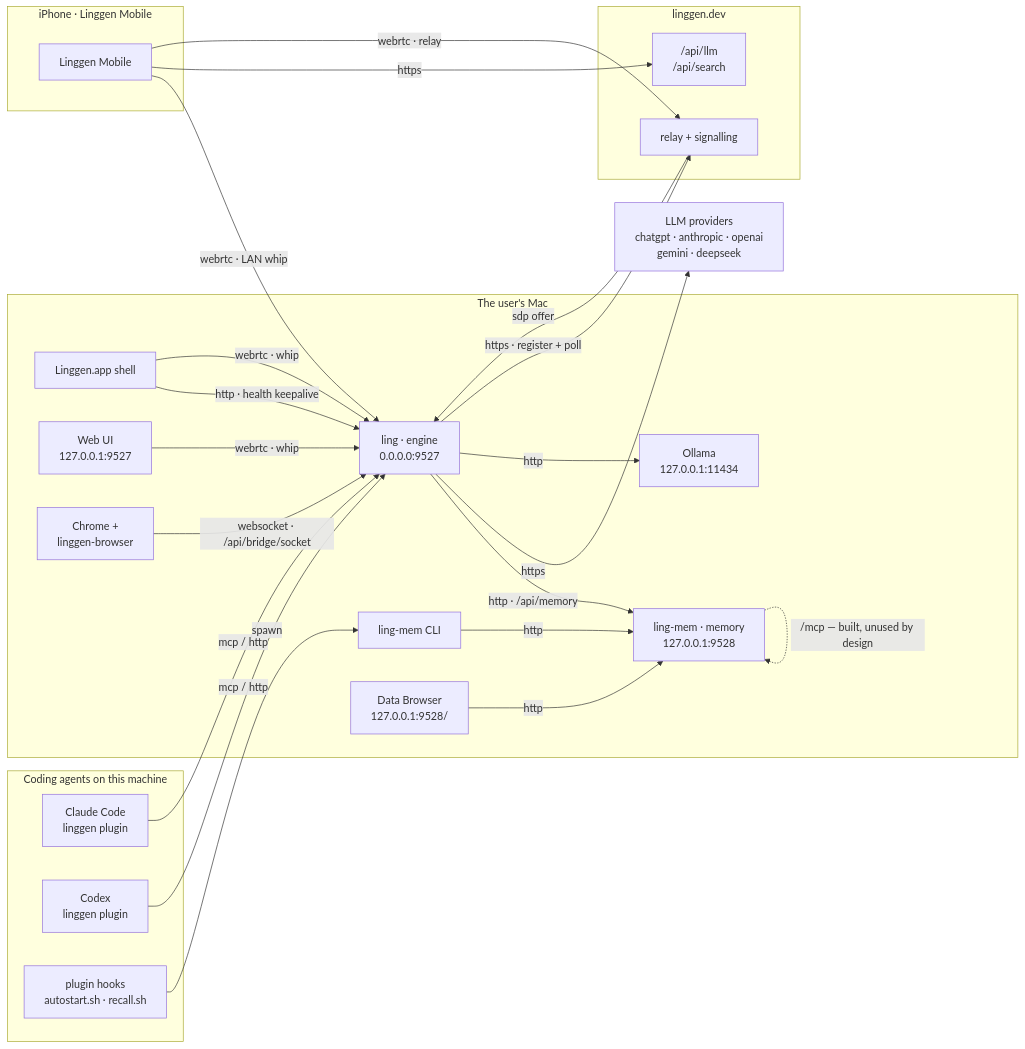
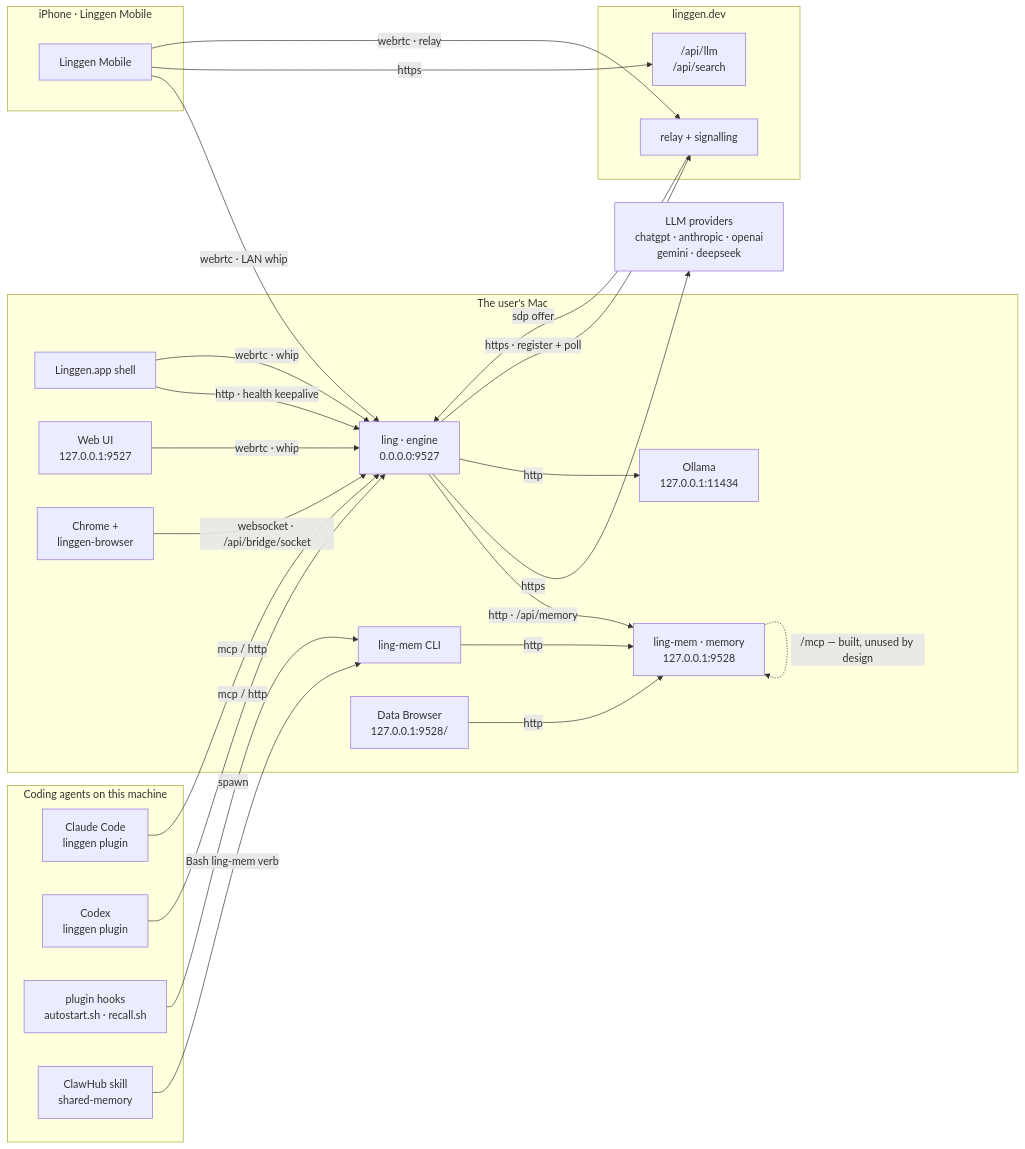
The diagram in doc/network-spec.md (linggen/linggen), drawn with Mermaid before and after one commit. The commit also changed other lines of this file, not shown here.

First line of the commit message:
docs: memory has four front doors, not two

````diff
--- a/doc/network-spec.md
+++ b/doc/network-spec.md
@@ -16,52 +16,54 @@
 ```mermaid
 flowchart LR
   subgraph agents["Coding agents on this machine"]
     cc["Claude Code<br/>linggen plugin"]
     codex["Codex<br/>linggen plugin"]
     hooks["plugin hooks<br/>autostart.sh · recall.sh"]
+    skill["ClawHub skill<br/>shared-memory"]
   end
 
   subgraph mac["The user's Mac"]
     ling["ling · engine<br/>0.0.0.0:9527"]
     lingmem["ling-mem · memory<br/>127.0.0.1:9528"]
     cli["ling-mem CLI"]
     shell["Linggen.app shell"]
     webui["Web UI<br/>127.0.0.1:9527"]
     dash["Data Browser<br/>127.0.0.1:9528/"]
     ext["Chrome +<br/>linggen-browser"]
     ollama["Ollama<br/>127.0.0.1:11434"]
   end
 
   subgraph phone["iPhone · Linggen Mobile"]
     mobile["Linggen Mobile"]
   end
 
   subgraph cloud["linggen.dev"]
     relay["relay + signalling"]
     llmapi["/api/llm<br/>/api/search"]
   end
 
   providers["LLM providers<br/>chatgpt · anthropic · openai<br/>gemini · deepseek"]
 
   cc -->|mcp / http| ling
   codex -->|mcp / http| ling
   hooks -->|spawn| cli
+  skill -->|"Bash ling-mem verb"| cli
   cli -->|http| lingmem
   ling -->|http · /api/memory| lingmem
   lingmem -.->|"/mcp — built, unused by design"| lingmem
 
   shell -->|http · health keepalive| ling
   shell -->|webrtc · whip| ling
   webui -->|webrtc · whip| ling
   dash -->|http| lingmem
   ext -->|websocket · /api/bridge/socket| ling
 
   mobile -->|"webrtc · LAN whip"| ling
   mobile -->|https| llmapi
   relay -->|sdp offer| ling
   mobile -->|"webrtc · relay"| relay
 
   ling -->|https| providers
   ling -->|http| ollama
   ling -->|https · register + poll| relay
 ```
````
